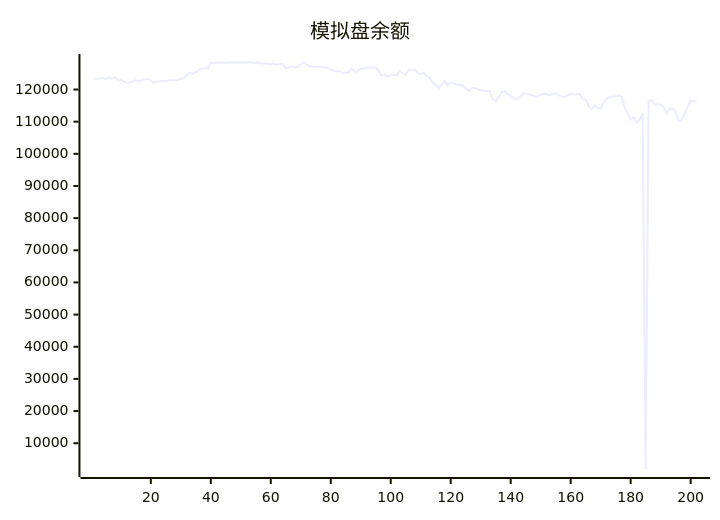
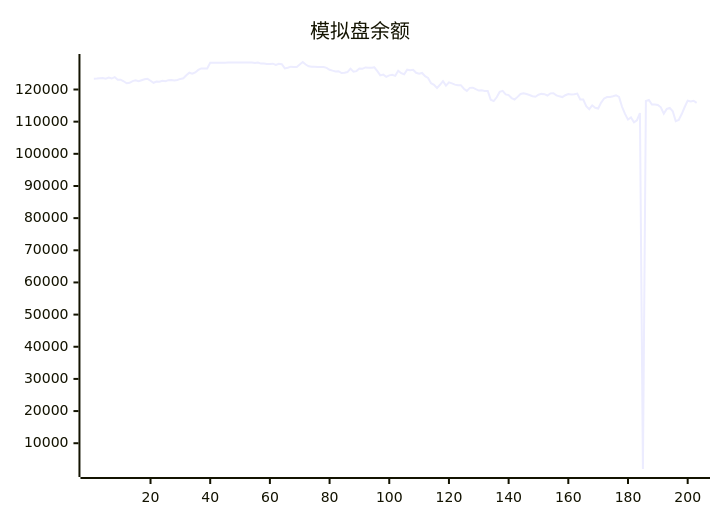
One commit to aahl/ai-trading changed the diagram in README.md. Above: the diagram before and after it, drawn with Mermaid. The commit also changed other lines of this file and 1 other file, not shown here.

````diff
--- a/README.md
+++ b/README.md
@@ -5,5 +5,5 @@
 ```mermaid
 xychart
     title "模拟盘余额"
-    line [123338,123402,123530,123592,123378,123745,123413,123853,123009,123040,122557,121938,122095,122599,122856,122597,122898,123160,123319,122719,122087,122454,122416,122685,122592,122907,122961,122776,122981,123295,123507,124403,125224,124894,125303,126088,126544,126534,126549,128335,128318,128318,128318,128318,128318,128424,128424,128424,128424,128424,128424,128424,128424,128424,128247,128412,128062,128087,127917,127901,128026,127611,128000,127850,126572,126770,127100,126971,127029,127783,128554,127765,127224,127064,127044,127009,127025,127004,126738,126152,125871,125635,125707,125117,125217,125420,126480,125545,125715,126511,126424,126856,126764,126788,126890,125710,124381,124632,123936,124402,124574,124256,125833,125070,124739,126154,125966,126145,125213,124943,125143,124157,123604,121959,121476,120476,121470,122610,121201,122221,121889,121522,121332,121344,120232,119559,120513,120577,120108,119680,119777,119572,119568,116839,116392,117573,119250,119585,118469,118277,117338,116897,117706,118628,118849,118579,118280,117926,117735,118373,118639,118544,118136,118798,118819,118162,117874,117649,118215,118601,118463,118517,118713,116911,116899,114798,113887,115084,114313,114091,115934,117221,117658,117658,117883,118164,117693,114632,112403,110644,111313,109777,110444,112673,1984,116419,116772,115355,115355,115198,114476,112510,113954,114276,113223,110151,110561,112361,114562,116522,116265,116500]
+    line [123338,123402,123530,123592,123378,123745,123413,123853,123009,123040,122557,121938,122095,122599,122856,122597,122898,123160,123319,122719,122087,122454,122416,122685,122592,122907,122961,122776,122981,123295,123507,124403,125224,124894,125303,126088,126544,126534,126549,128335,128318,128318,128318,128318,128318,128424,128424,128424,128424,128424,128424,128424,128424,128424,128247,128412,128062,128087,127917,127901,128026,127611,128000,127850,126572,126770,127100,126971,127029,127783,128554,127765,127224,127064,127044,127009,127025,127004,126738,126152,125871,125635,125707,125117,125217,125420,126480,125545,125715,126511,126424,126856,126764,126788,126890,125710,124381,124632,123936,124402,124574,124256,125833,125070,124739,126154,125966,126145,125213,124943,125143,124157,123604,121959,121476,120476,121470,122610,121201,122221,121889,121522,121332,121344,120232,119559,120513,120577,120108,119680,119777,119572,119568,116839,116392,117573,119250,119585,118469,118277,117338,116897,117706,118628,118849,118579,118280,117926,117735,118373,118639,118544,118136,118798,118819,118162,117874,117649,118215,118601,118463,118517,118713,116911,116899,114798,113887,115084,114313,114091,115934,117221,117658,117658,117883,118164,117693,114632,112403,110644,111313,109777,110444,112673,1984,116419,116772,115355,115355,115198,114476,112510,113954,114276,113223,110151,110561,112361,114562,116522,116265,116500,115845]
 ```
````
